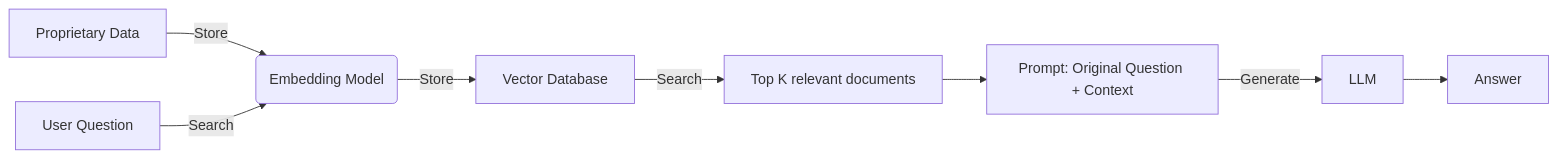
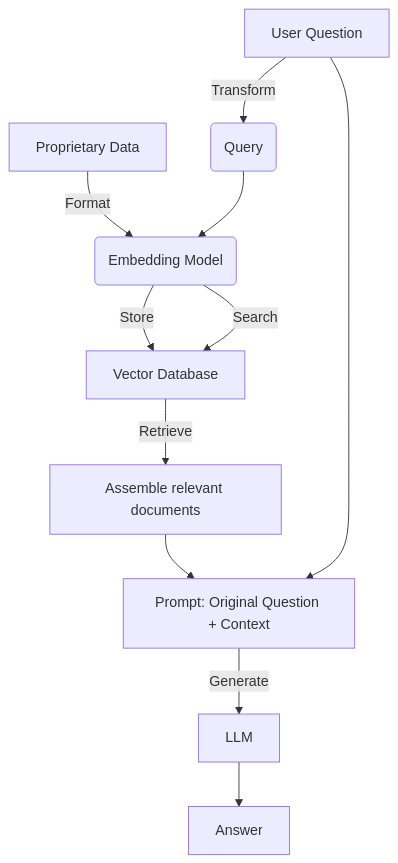
The diagram in docs/Understanding/agents/rag.md (ianderrington/genai), drawn with Mermaid before and after one commit.

````diff
--- a/docs/Understanding/agents/rag.md
+++ b/docs/Understanding/agents/rag.md
@@ -10,10 +10,15 @@
 ```mermaid
-    graph LR
-        A[Proprietary Data] -->|Store| B(Embedding Model)
-        C[User Question] -->|Search| B
+    graph TB
+        A[Proprietary Data] -->|Format | B(Embedding Model)
+        C[User Question] --> |Transform| Q(Query)
+        Q --> B
         B -->|Store| D[Vector Database]
-        D -->|Search| E[Top K relevant documents]
+        %% Q -->
+        B --> |Search|D
+        D --> |Retrieve| E[Assemble relevant documents]
         E --> F[Prompt: Original Question + Context]
+        %% C --> F
+        C --> F
         F -->|Generate| G[LLM]
         G --> H[Answer]
 ```
````
